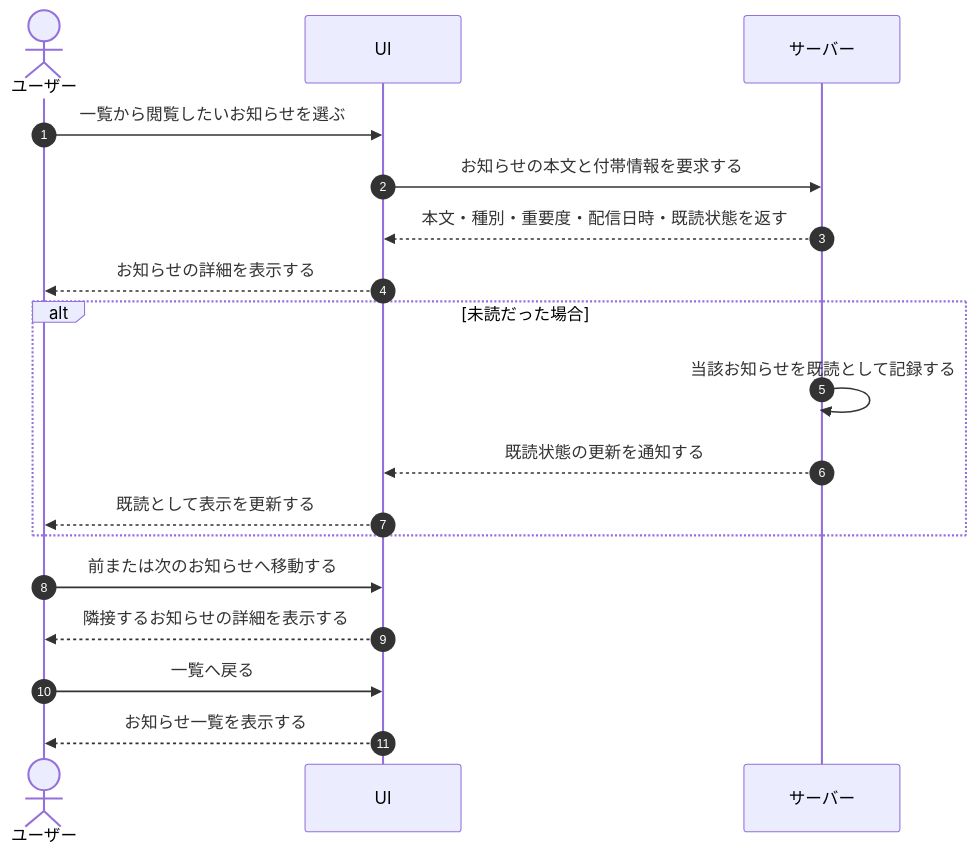
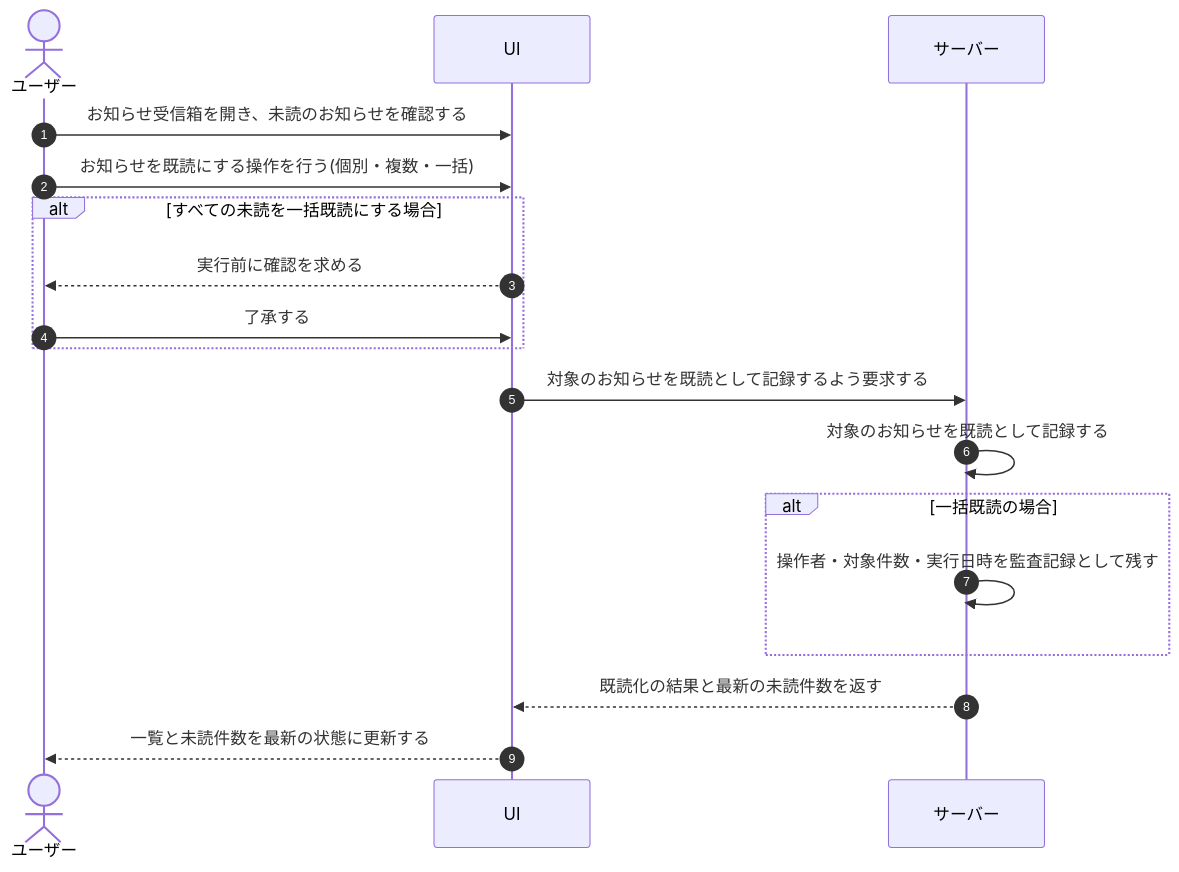
The diagram in 01_requirements/04_business_usecases/UC-045.md (sikakou54/open-faq), drawn with Mermaid before and after one commit. The commit also changed other lines of this file and 395 other files, not shown here.

````diff
--- a/01_requirements/04_business_usecases/UC-045.md
+++ b/01_requirements/04_business_usecases/UC-045.md
@@ -27,20 +26,20 @@
 ```mermaid
 sequenceDiagram
   autonumber
   actor U as ユーザー
   participant UI as UI
   participant S as サーバー
-  U->>UI: 一覧から閲覧したいお知らせを選ぶ
-  UI->>S: お知らせの本文と付帯情報を要求する
-  S-->>UI: 本文・種別・重要度・配信日時・既読状態を返す
-  UI-->>U: お知らせの詳細を表示する
-  alt 未読だった場合
-    S->>S: 当該お知らせを既読として記録する
-    S-->>UI: 既読状態の更新を通知する
-    UI-->>U: 既読として表示を更新する
+  U->>UI: お知らせ受信箱を開き、未読のお知らせを確認する
+  U->>UI: お知らせを既読にする操作を行う(個別・複数・一括)
+  alt すべての未読を一括既読にする場合
+    UI-->>U: 実行前に確認を求める
+    U->>UI: 了承する
   end
-  U->>UI: 前または次のお知らせへ移動する
-  UI-->>U: 隣接するお知らせの詳細を表示する
-  U->>UI: 一覧へ戻る
-  UI-->>U: お知らせ一覧を表示する
+  UI->>S: 対象のお知らせを既読として記録するよう要求する
+  S->>S: 対象のお知らせを既読として記録する
+  alt 一括既読の場合
+    S->>S: 操作者・対象件数・実行日時を監査記録として残す
+  end
+  S-->>UI: 既読化の結果と最新の未読件数を返す
+  UI-->>U: 一覧と未読件数を最新の状態に更新する
 ```
````
